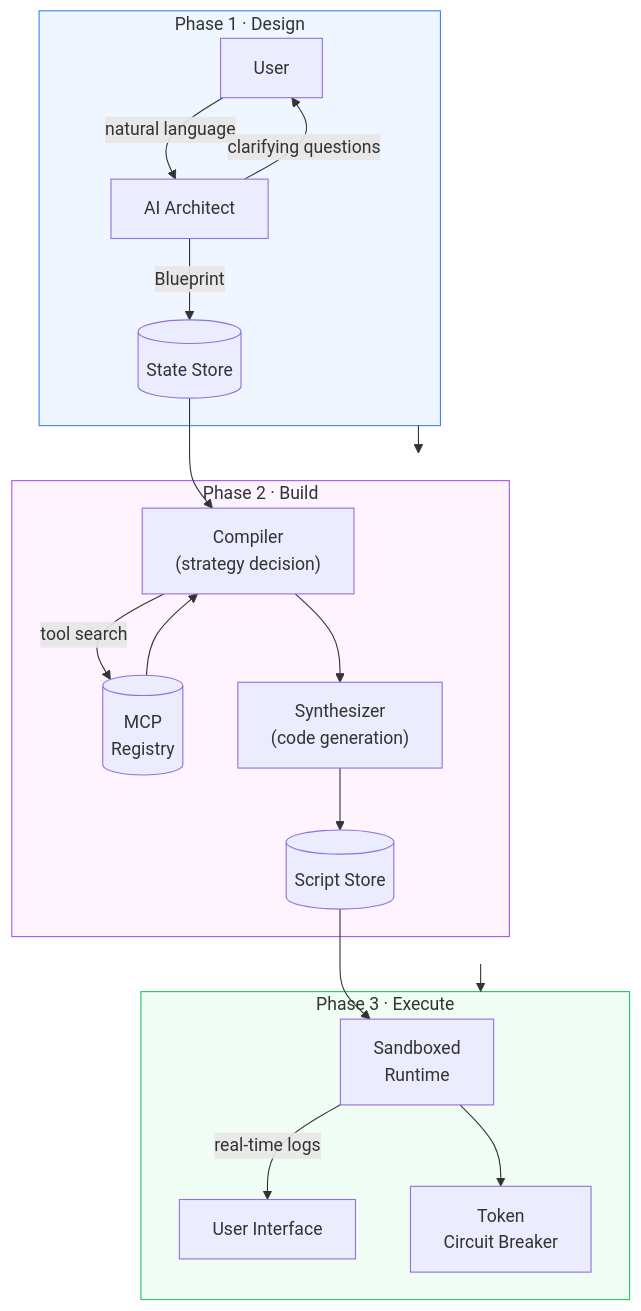
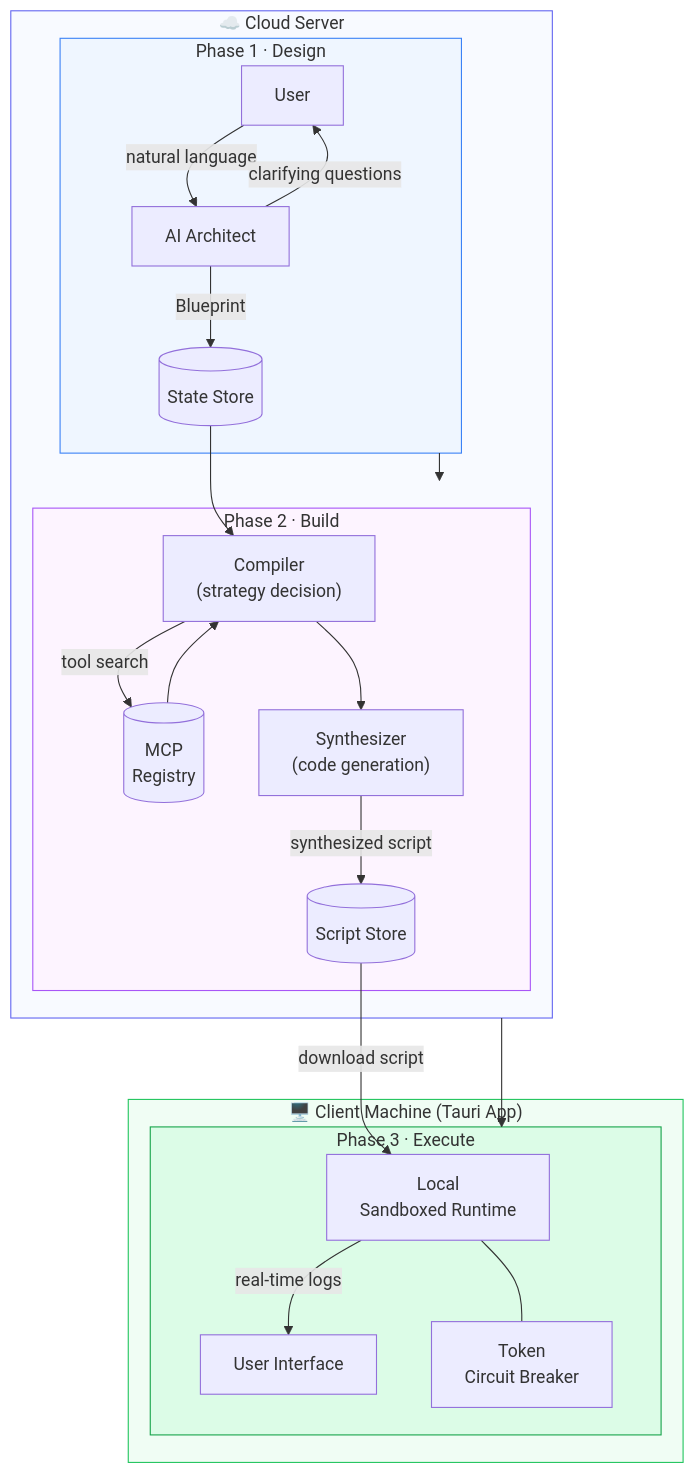
One commit to whitebearhands/hierarch_public changed the second of 12 diagrams in README.md. Above: the diagram before and after it, drawn with Mermaid. The commit also changed other lines of this file, not shown here.

````diff
--- a/README.md
+++ b/README.md
@@ -46,28 +48,34 @@
 ```mermaid
 flowchart TD
-    subgraph Phase1["Phase 1 · Design"]
-        U["User"] -->|natural language| A["AI Architect"]
-        A -->|clarifying questions| U
-        A -->|Blueprint| DB1[("State Store")]
+    subgraph CLOUD["☁️ Cloud Server"]
+        subgraph Phase1["Phase 1 · Design"]
+            U["User"] -->|natural language| A["AI Architect"]
+            A -->|clarifying questions| U
+            A -->|Blueprint| DB1[("State Store")]
+        end
+
+        subgraph Phase2["Phase 2 · Build"]
+            DB1 --> C["Compiler\n(strategy decision)"]
+            C -->|tool search| R[("MCP\nRegistry")]
+            R --> C
+            C --> S["Synthesizer\n(code generation)"]
+            S -->|synthesized script| DB2[("Script Store")]
+        end
     end
 
-    subgraph Phase2["Phase 2 · Build"]
-        DB1 --> C["Compiler\n(strategy decision)"]
-        C -->|tool search| R[("MCP\nRegistry")]
-        R --> C
-        C --> S["Synthesizer\n(code generation)"]
-        S --> DB2[("Script Store")]
-    end
-
-    subgraph Phase3["Phase 3 · Execute"]
-        DB2 --> RT["Sandboxed\nRuntime"]
-        RT -->|real-time logs| UX["User Interface"]
-        RT --> CB["Token\nCircuit Breaker"]
+    subgraph LOCAL["🖥️ Client Machine (Tauri App)"]
+        subgraph Phase3["Phase 3 · Execute"]
+            DB2 -->|download script| RT["Local\nSandboxed Runtime"]
+            RT -->|real-time logs| UX["User Interface"]
+            RT --- CB["Token\nCircuit Breaker"]
+        end
     end
 
     Phase1 --> Phase2 --> Phase3
 
+    style CLOUD fill:#f8faff,stroke:#6366f1
+    style LOCAL fill:#f0fdf4,stroke:#22c55e
     style Phase1 fill:#eff6ff,stroke:#3b82f6
     style Phase2 fill:#fdf4ff,stroke:#a855f7
-    style Phase3 fill:#f0fdf4,stroke:#22c55e
+    style Phase3 fill:#dcfce7,stroke:#16a34a
 ```
````
